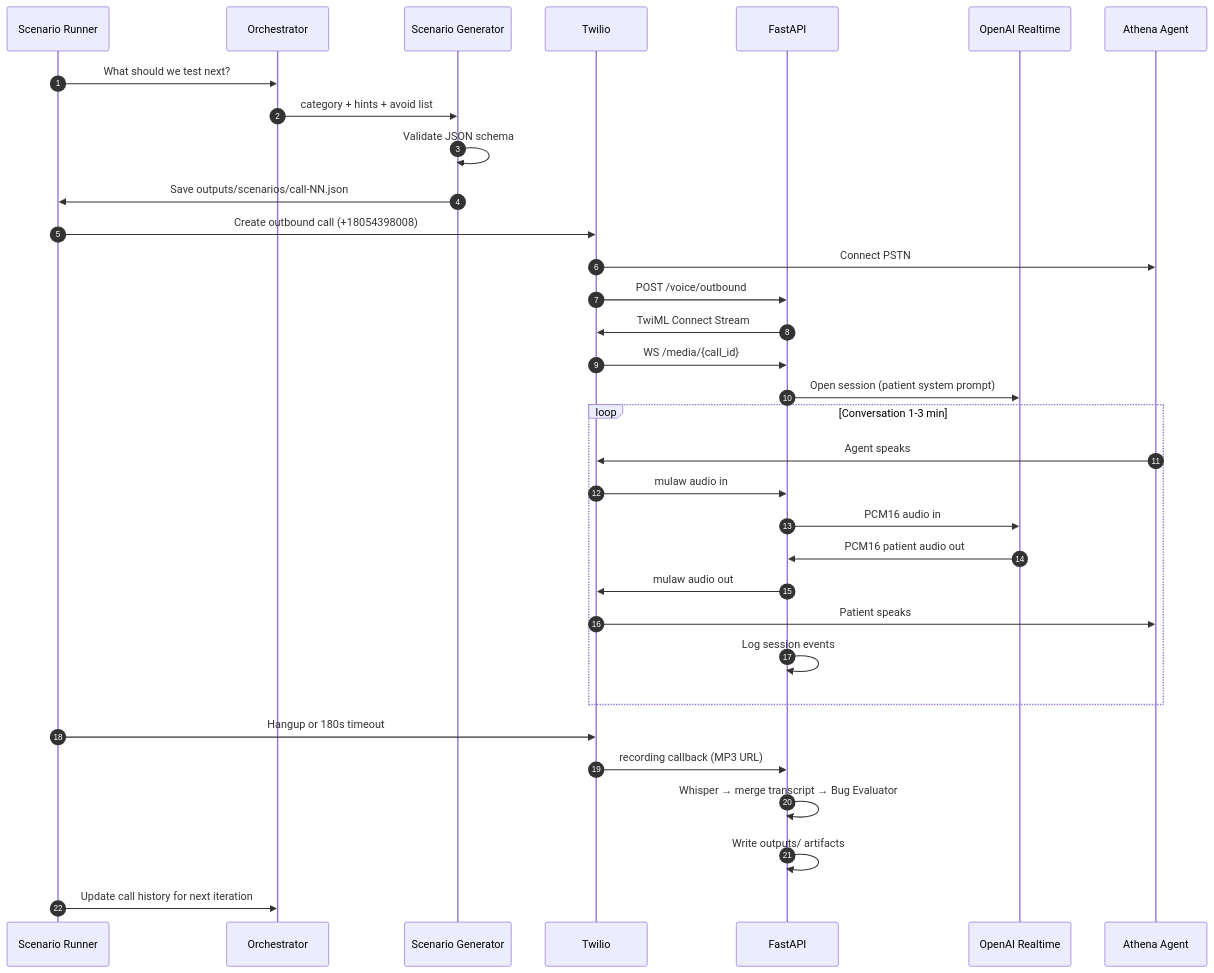
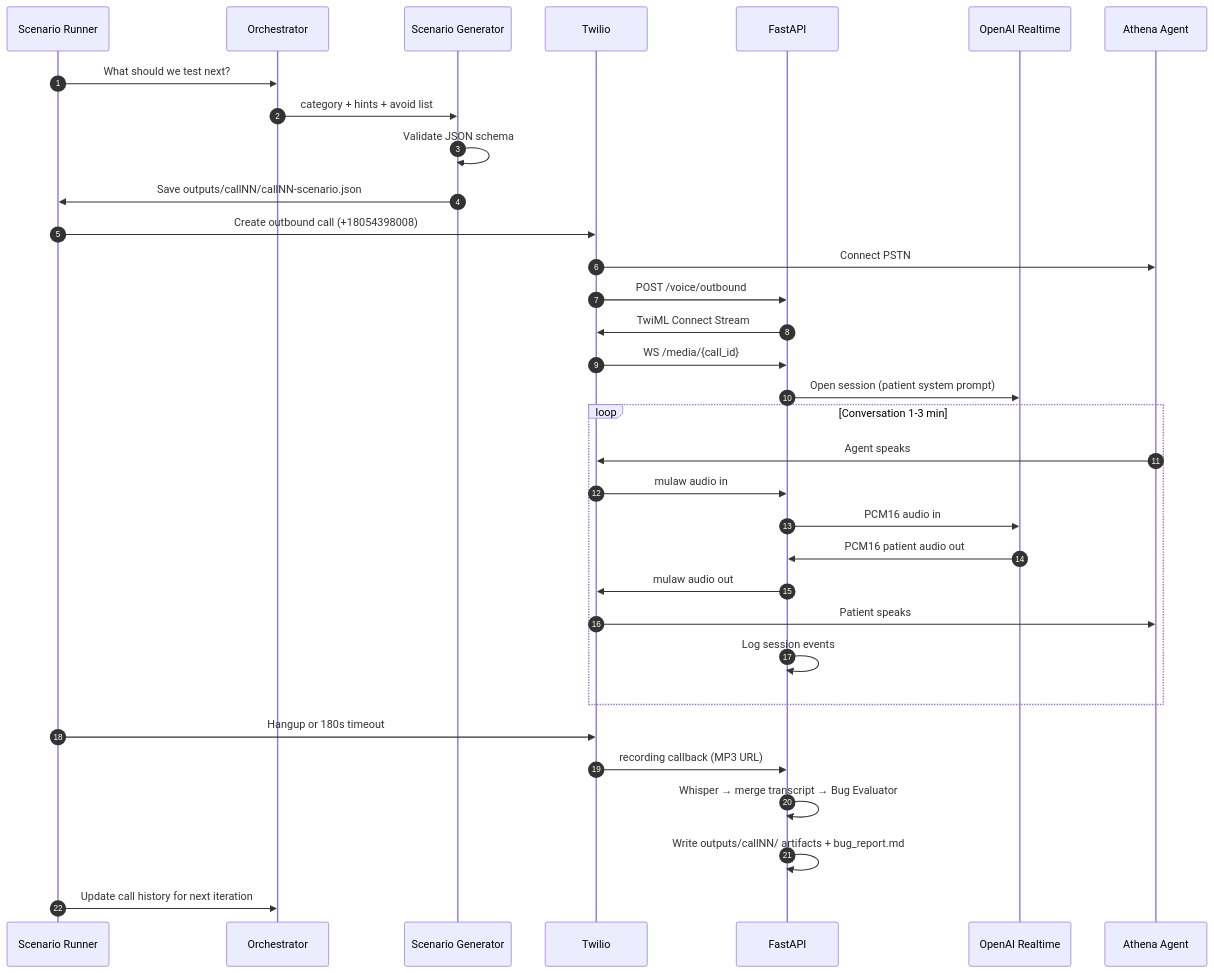
Before and after one commit to SnehaSL11/PrettyGoodAI_AIEngineeringChallenge: the third of 4 diagrams in ARCHITECTURE.md, drawn with Mermaid. The commit also changed other lines of this file and 471 other files, not shown here.

````diff
--- a/ARCHITECTURE.md
+++ b/ARCHITECTURE.md
@@ -147,39 +112,39 @@
 ```mermaid
 sequenceDiagram
     autonumber
     participant R as Scenario Runner
     participant O as Orchestrator
     participant G as Scenario Generator
     participant T as Twilio
     participant F as FastAPI
     participant RT as OpenAI Realtime
     participant A as Athena Agent
 
     R->>O: What should we test next?
     O->>G: category + hints + avoid list
     G->>G: Validate JSON schema
-    G->>R: Save outputs/scenarios/call-NN.json
+    G->>R: Save outputs/callNN/callNN-scenario.json
 
     R->>T: Create outbound call (+18054398008)
     T->>A: Connect PSTN
     T->>F: POST /voice/outbound
     F->>T: TwiML Connect Stream
     T->>F: WS /media/{call_id}
 
     F->>RT: Open session (patient system prompt)
     loop Conversation 1-3 min
         A->>T: Agent speaks
         T->>F: mulaw audio in
         F->>RT: PCM16 audio in
         RT->>F: PCM16 patient audio out
         F->>T: mulaw audio out
         T->>A: Patient speaks
         F->>F: Log session events
     end
 
     R->>T: Hangup or 180s timeout
     T->>F: recording callback (MP3 URL)
     F->>F: Whisper → merge transcript → Bug Evaluator
-    F->>F: Write outputs/ artifacts
+    F->>F: Write outputs/callNN/ artifacts + bug_report.md
     R->>O: Update call history for next iteration
 ```
````
